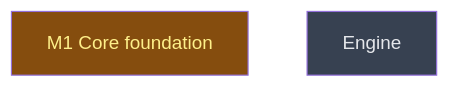
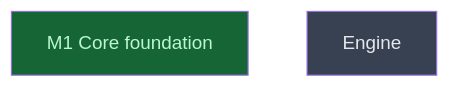
Before and after one commit to CrackingShells/cracking-shells-playbook: the diagram in __roadmap__/roadmap-mcp-rework/core/README.md, drawn with Mermaid. The commit also changed other lines of this file and 2 other files, not shown here.

Commit message:
docs(reports): close the m1-core-foundation milestone
The M1 leaf of the meta-roadmap is done: its gates hold, with the Windows
soak recorded as a known limit (Eliott, 2026-11-26). The adversarial review
records the soak at 825ea5d, green on ubuntu, macOS and MSRV; the Windows
job was still running at merge time.

````diff
--- a/__roadmap__/roadmap-mcp-rework/core/README.md
+++ b/__roadmap__/roadmap-mcp-rework/core/README.md
@@ -17,10 +17,10 @@
 ```mermaid
 graph TD
-    m1_core_foundation[M1 Core foundation]:::inprogress
+    m1_core_foundation[M1 Core foundation]:::done
     engine[Engine]:::planned
     classDef done       fill:#166534,color:#bbf7d0
     classDef inprogress fill:#854d0e,color:#fef08a
     classDef planned    fill:#374151,color:#e5e7eb
     classDef amendment  fill:#1e3a5f,color:#bfdbfe
     classDef blocked    fill:#7f1d1d,color:#fecaca
 ```
````
